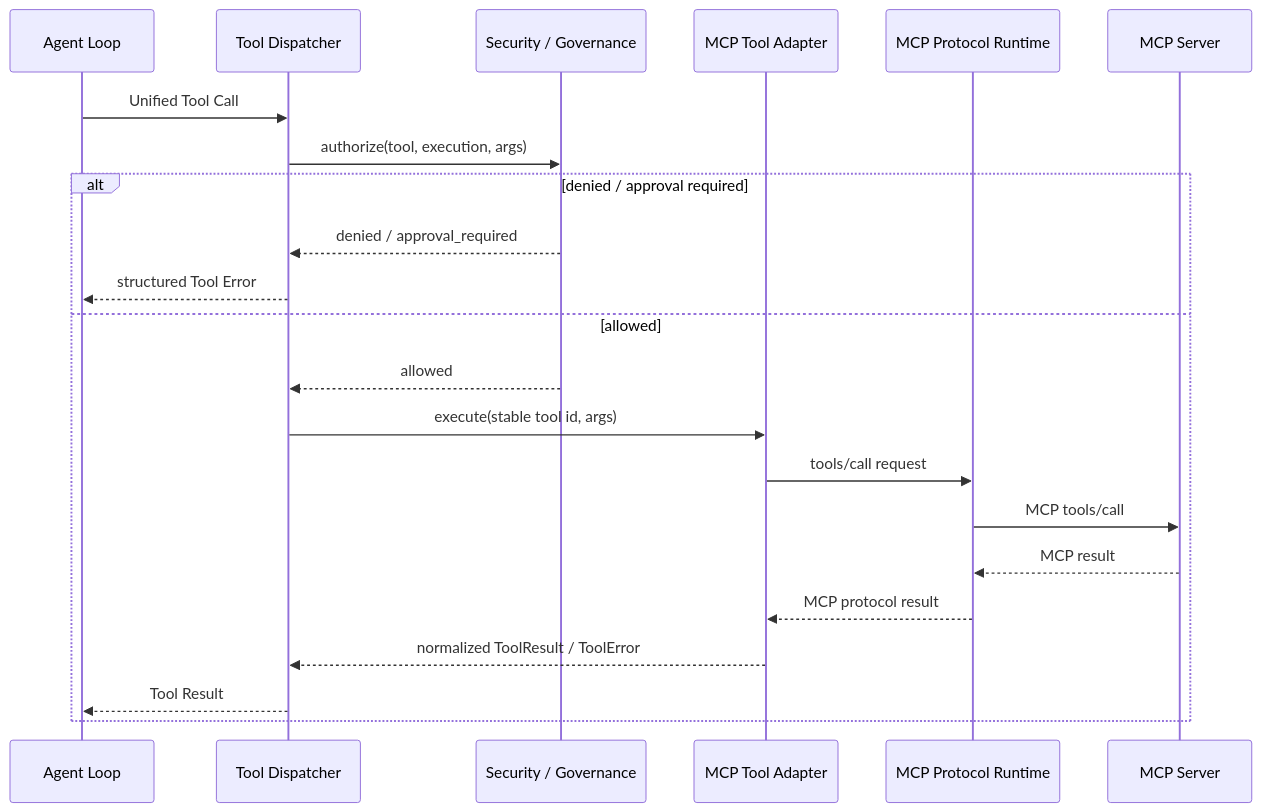
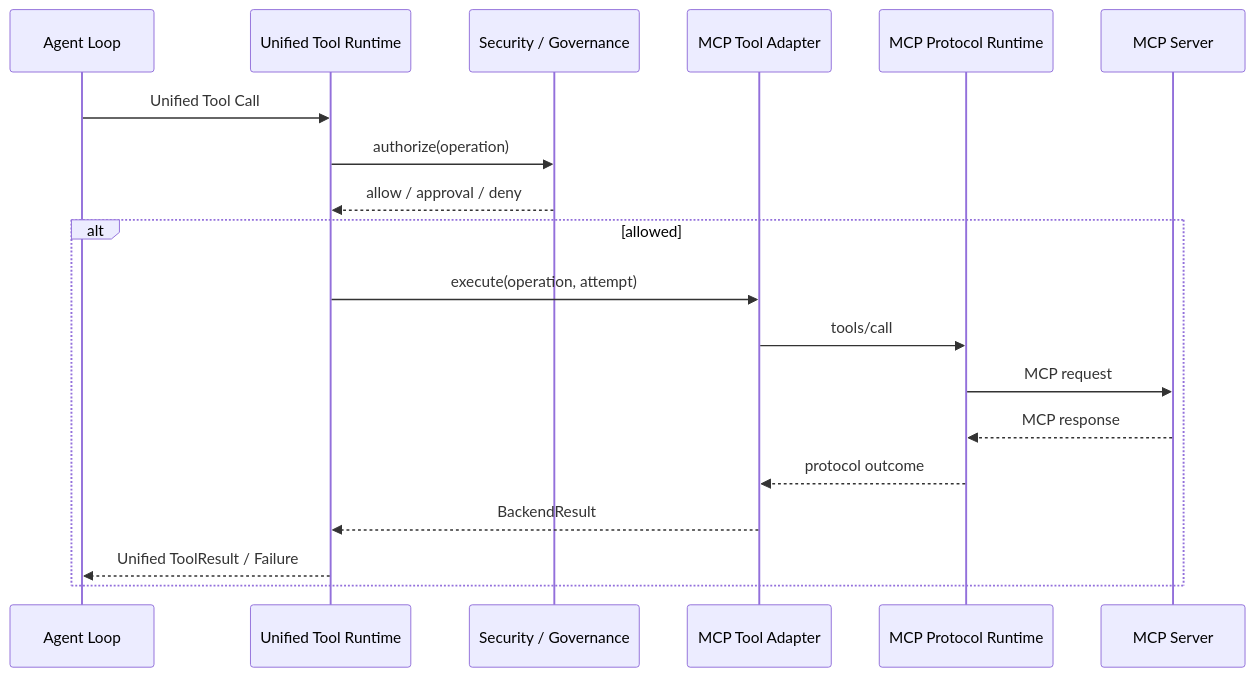
Before and after one commit to LunaDeerTech/agenteam: the fourth of 4 diagrams in docs/architecture/mcp-integration.md, drawn with Mermaid. The commit also changed other lines of this file and 13 other files, not shown here.

Commit message:
docs: refine MCP integration and artifact architecture

```diff
--- a/docs/architecture/mcp-integration.md
+++ b/docs/architecture/mcp-integration.md
@@ -489,26 +380,23 @@
 ~~~mermaid
 sequenceDiagram
     participant A as Agent Loop
-    participant D as Tool Dispatcher
+    participant R as Unified Tool Runtime
     participant G as Security / Governance
     participant B as MCP Tool Adapter
-    participant C as MCP Protocol Runtime
+    participant P as MCP Protocol Runtime
     participant S as MCP Server
 
-    A->>D: Unified Tool Call
-    D->>G: authorize(tool, execution, args)
+    A->>R: Unified Tool Call
+    R->>G: authorize(operation)
+    G-->>R: allow / approval / deny
 
-    alt denied / approval required
-        G-->>D: denied / approval_required
-        D-->>A: structured Tool Error
-    else allowed
-        G-->>D: allowed
-        D->>B: execute(stable tool id, args)
-        B->>C: tools/call request
-        C->>S: MCP tools/call
-        S-->>C: MCP result
-        C-->>B: MCP protocol result
-        B-->>D: normalized ToolResult / ToolError
-        D-->>A: Tool Result
+    alt allowed
+        R->>B: execute(operation, attempt)
+        B->>P: tools/call
+        P->>S: MCP request
+        S-->>P: MCP response
+        P-->>B: protocol outcome
+        B-->>R: BackendResult
+        R-->>A: Unified ToolResult / Failure
     end
 ~~~
```
